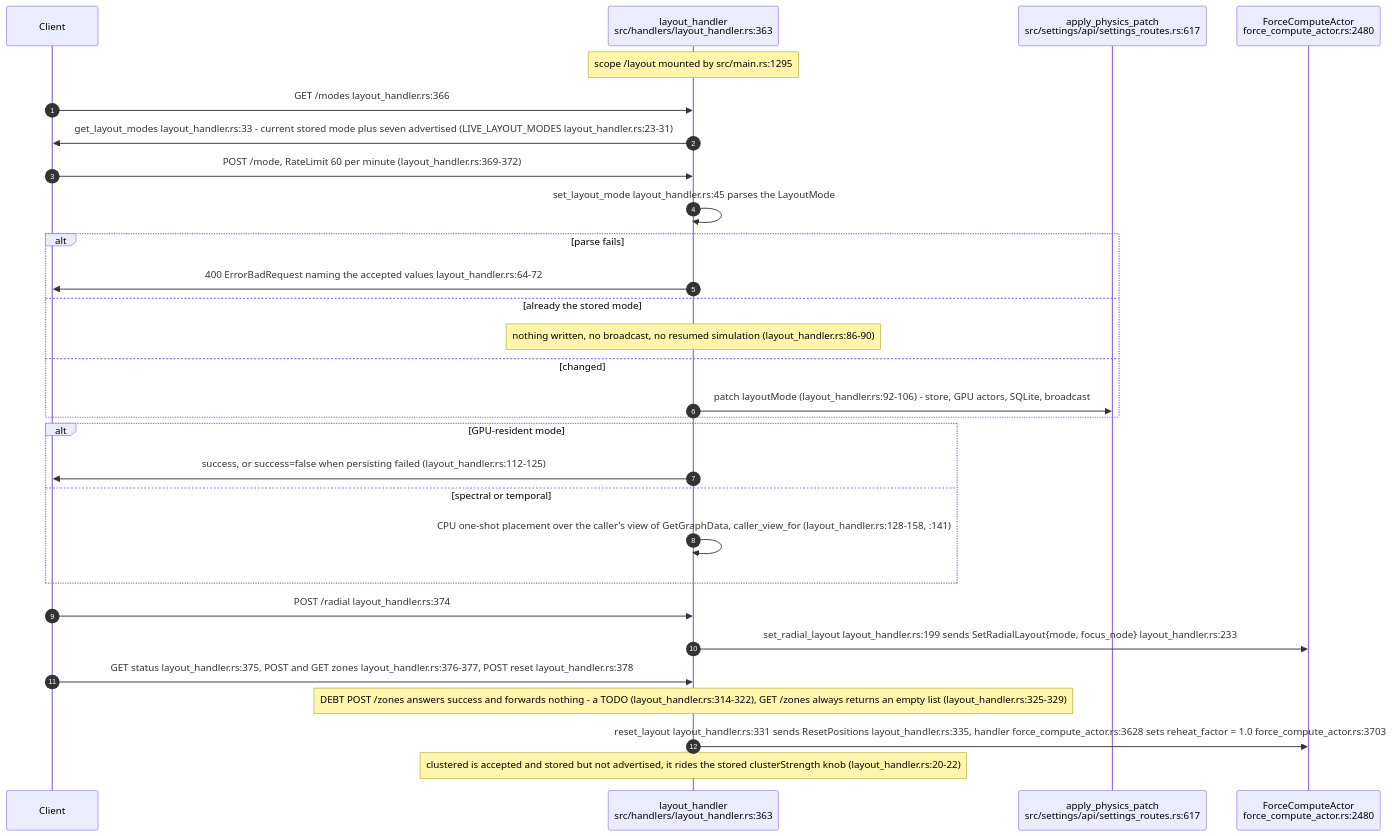
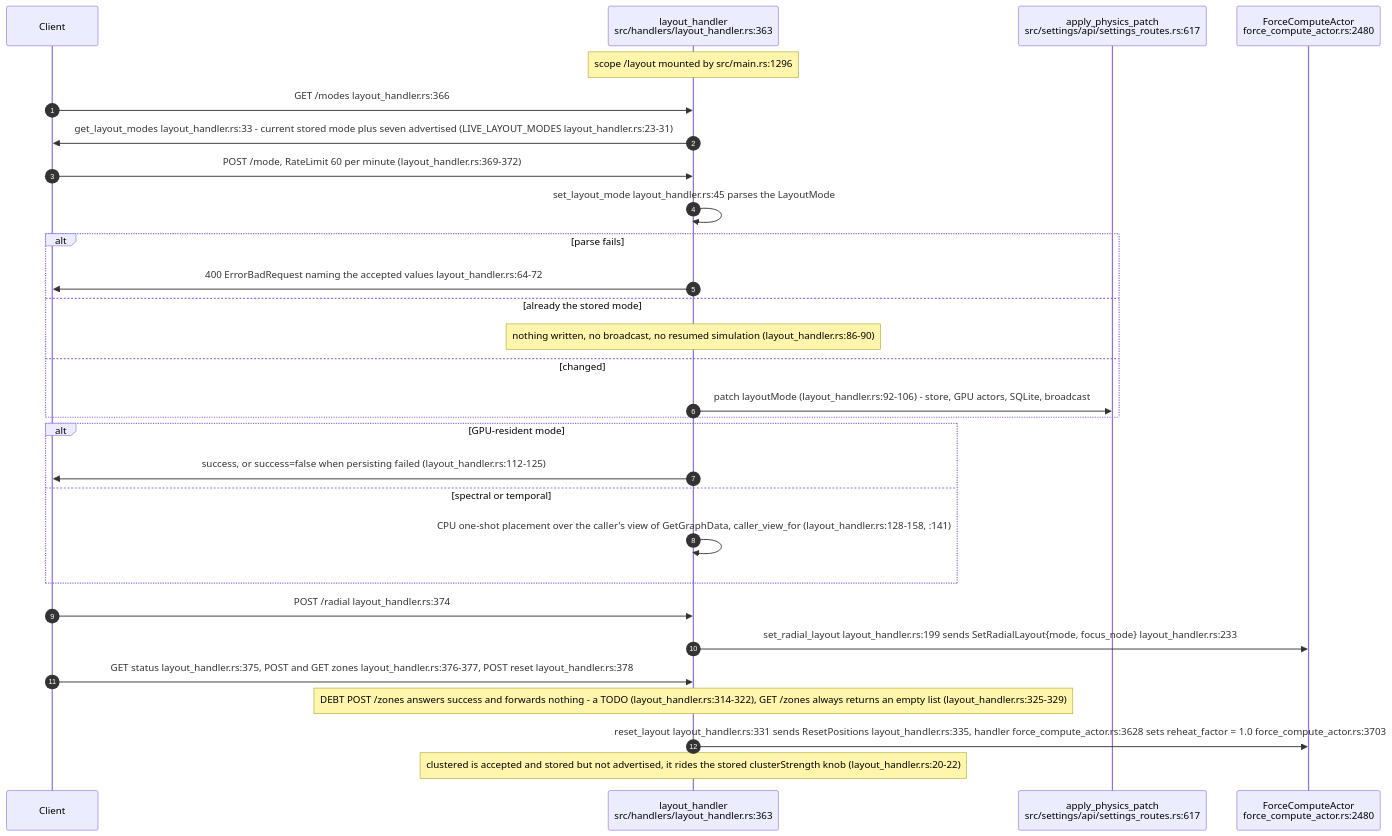
Before and after one commit to DreamLab-AI/VisionFlow: the fifth of 8 diagrams in docs/diagrams/visionclaw/16-interaction-drag-pin-layout.md, drawn with Mermaid. The commit also changed other lines of this file and 154 other files, not shown here.

First line of the commit message:
docs(diagrams): re-stamp 154 topics whose every citation still reads the same text at the current heads

````diff
--- a/docs/diagrams/visionclaw/16-interaction-drag-pin-layout.md
+++ b/docs/diagrams/visionclaw/16-interaction-drag-pin-layout.md
@@ -188,32 +188,32 @@
 ```mermaid
 sequenceDiagram
     autonumber
     participant C as Client
     participant LH as layout_handler<br/>src/handlers/layout_handler.rs:363
     participant APP as apply_physics_patch<br/>src/settings/api/settings_routes.rs:617
     participant FCA as ForceComputeActor<br/>force_compute_actor.rs:2480
 
-    Note over LH: scope /layout mounted by src/main.rs:1295
+    Note over LH: scope /layout mounted by src/main.rs:1296
     C->>LH: GET /modes layout_handler.rs:366
     LH->>C: get_layout_modes layout_handler.rs:33 - current stored mode plus seven advertised (LIVE_LAYOUT_MODES layout_handler.rs:23-31)
     C->>LH: POST /mode, RateLimit 60 per minute (layout_handler.rs:369-372)
     LH->>LH: set_layout_mode layout_handler.rs:45 parses the LayoutMode
     alt parse fails
         LH->>C: 400 ErrorBadRequest naming the accepted values layout_handler.rs:64-72
     else already the stored mode
         Note over LH: nothing written, no broadcast, no resumed simulation (layout_handler.rs:86-90)
     else changed
         LH->>APP: patch layoutMode (layout_handler.rs:92-106) - store, GPU actors, SQLite, broadcast
     end
     alt GPU-resident mode
         LH->>C: success, or success=false when persisting failed (layout_handler.rs:112-125)
     else spectral or temporal
         LH->>LH: CPU one-shot placement over the caller's view of GetGraphData, caller_view_for (layout_handler.rs:128-158, :141)
     end
     C->>LH: POST /radial layout_handler.rs:374
     LH->>FCA: set_radial_layout layout_handler.rs:199 sends SetRadialLayout{mode, focus_node} layout_handler.rs:233
     C->>LH: GET status layout_handler.rs:375, POST and GET zones layout_handler.rs:376-377, POST reset layout_handler.rs:378
     Note over LH: DEBT POST /zones answers success and forwards nothing - a TODO (layout_handler.rs:314-322), GET /zones always returns an empty list (layout_handler.rs:325-329)
     LH->>FCA: reset_layout layout_handler.rs:331 sends ResetPositions layout_handler.rs:335, handler force_compute_actor.rs:3628 sets reheat_factor = 1.0 force_compute_actor.rs:3703
     Note over LH: clustered is accepted and stored but not advertised, it rides the stored clusterStrength knob (layout_handler.rs:20-22)
 ```
````
